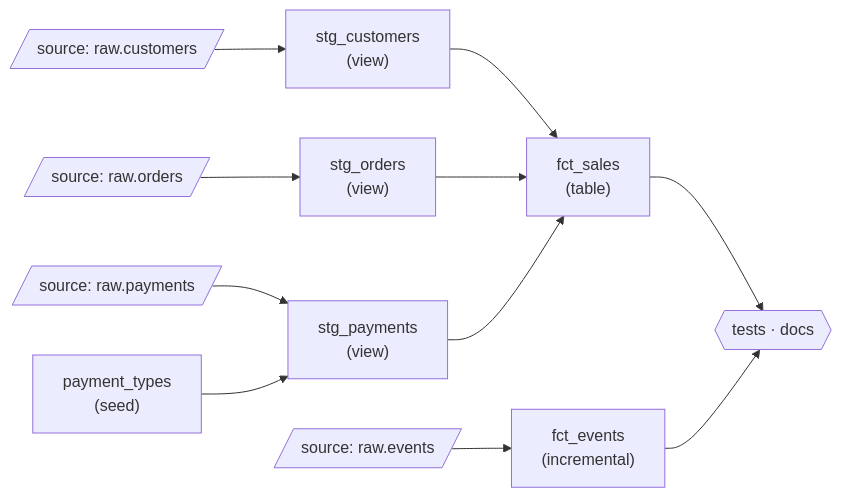
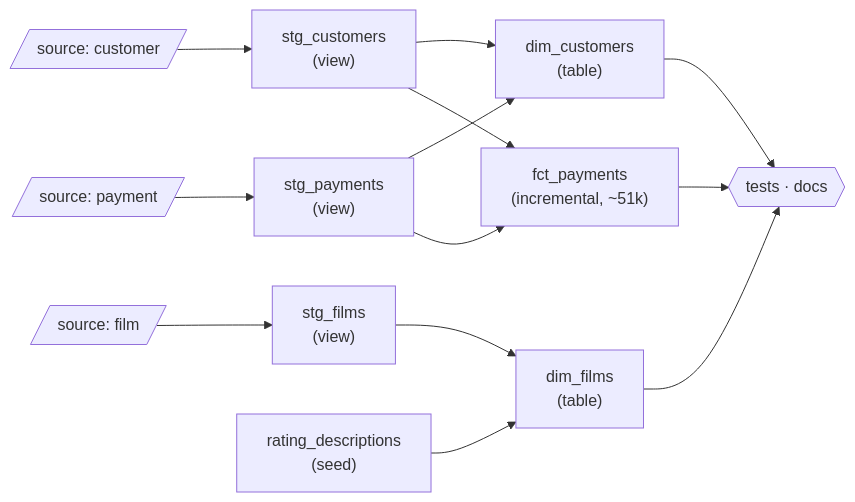
One commit to adnlab/dbt_pagilla changed the second of 2 diagrams in README.md. Above: the diagram before and after it, drawn with Mermaid. The commit also changed other lines of this file and 81 other files, not shown here.

````diff
--- a/README.md
+++ b/README.md
@@ -32,13 +35,15 @@
 ```mermaid
 flowchart LR
-    S1[/"source: raw.customers"/] --> M1["stg_customers<br/>(view)"]
-    S2[/"source: raw.orders"/] --> M2["stg_orders<br/>(view)"]
-    S3[/"source: raw.payments"/] --> M3["stg_payments<br/>(view)"]
-    SEED["payment_types<br/>(seed)"] --> M3
-    M1 --> F1["fct_sales<br/>(table)"]
-    M2 --> F1
-    M3 --> F1
-    S4[/"source: raw.events"/] --> F2["fct_events<br/>(incremental)"]
-    F1 --> T{{"tests · docs"}}
-    F2 --> T
+    S1[/"source: customer"/] --> M1["stg_customers<br/>(view)"]
+    S2[/"source: payment"/] --> M2["stg_payments<br/>(view)"]
+    S3[/"source: film"/] --> M3["stg_films<br/>(view)"]
+    SEED["rating_descriptions<br/>(seed)"] --> D2
+    M1 --> D1["dim_customers<br/>(table)"]
+    M2 --> D1
+    M3 --> D2["dim_films<br/>(table)"]
+    M2 --> F1["fct_payments<br/>(incremental, ~51k)"]
+    M1 --> F1
+    D1 --> T{{"tests · docs"}}
+    D2 --> T
+    F1 --> T
 ```
````
